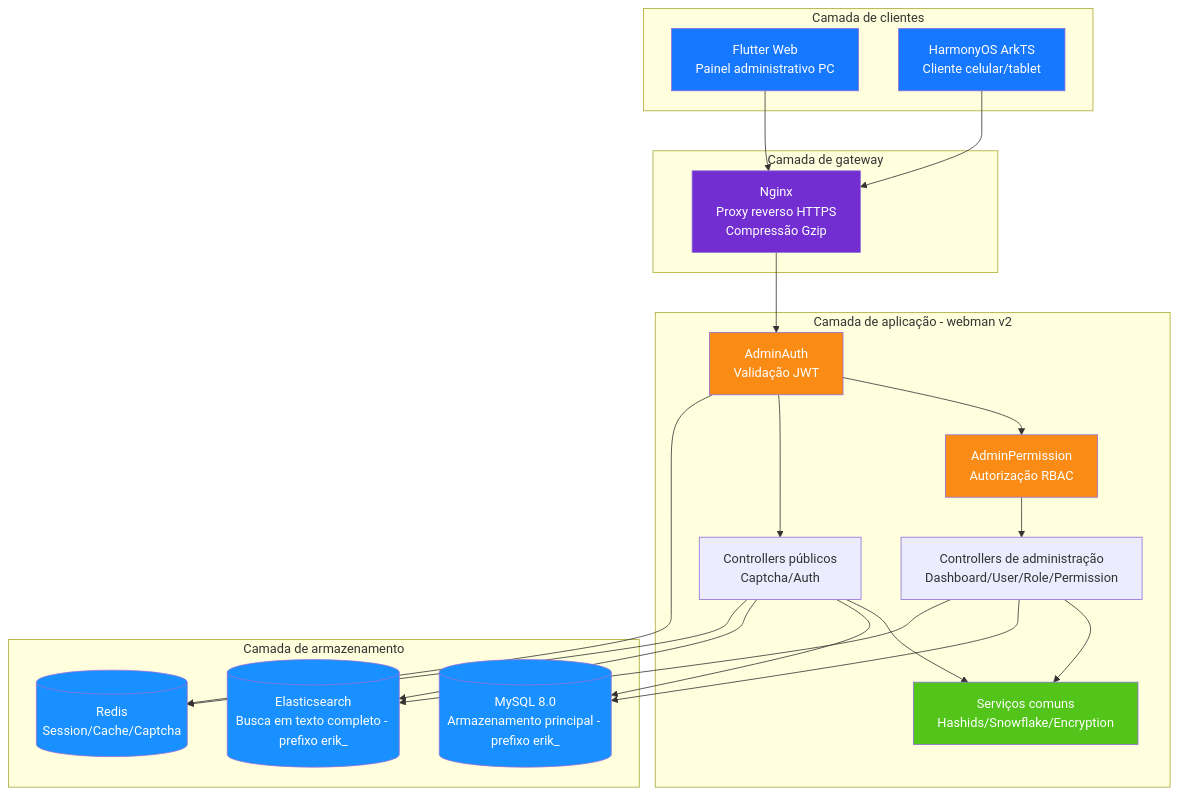
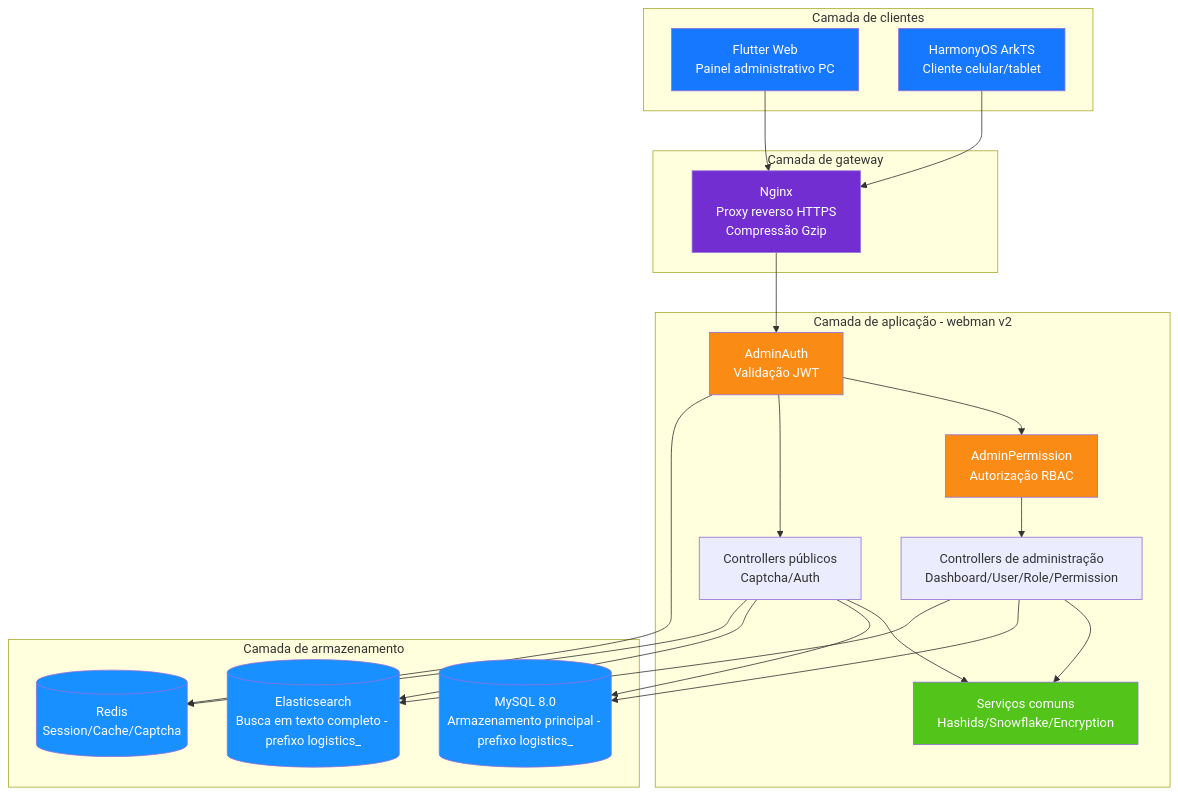
Before and after one commit to erikwang2013/integrated-global-logistics: the diagram in admin/docs/diagrams/01-system-architecture.pt.md, drawn with Mermaid. The commit also changed 211 other files, not shown here.

````diff
--- a/admin/docs/diagrams/01-system-architecture.pt.md
+++ b/admin/docs/diagrams/01-system-architecture.pt.md
@@ -7,50 +7,50 @@
 ```mermaid
 flowchart TB
     subgraph clients["Camada de clientes"]
         flutter["Flutter Web<br/>Painel administrativo PC"]
         harmony["HarmonyOS ArkTS<br/>Cliente celular/tablet"]
     end
 
     subgraph gateway["Camada de gateway"]
         nginx["Nginx<br/>Proxy reverso HTTPS<br/>Compressão Gzip"]
     end
 
     subgraph app["Camada de aplicação - webman v2"]
         auth["AdminAuth<br/>Validação JWT"]
         perm["AdminPermission<br/>Autorização RBAC"]
         admin["Controllers de administração<br/>Dashboard/User/Role/Permission"]
         public["Controllers públicos<br/>Captcha/Auth"]
         common["Serviços comuns<br/>Hashids/Snowflake/Encryption"]
     end
 
     subgraph storage["Camada de armazenamento"]
-        mysql[("MySQL 8.0<br/>Armazenamento principal - prefixo erik_")]
-        es[("Elasticsearch<br/>Busca em texto completo - prefixo erik_")]
+        mysql[("MySQL 8.0<br/>Armazenamento principal - prefixo logistics_")]
+        es[("Elasticsearch<br/>Busca em texto completo - prefixo logistics_")]
         redis[("Redis<br/>Session/Cache/Captcha")]
     end
 
     flutter --> nginx
     harmony --> nginx
     nginx --> auth
     auth --> perm
     perm --> admin
     auth --> public
     admin --> common
     public --> common
     admin --> mysql
     public --> mysql
     admin --> es
     public --> es
     auth --> redis
     public --> redis
 
     style flutter fill:#1677FF,color:#fff
     style harmony fill:#1677FF,color:#fff
     style nginx fill:#722ED1,color:#fff
     style auth fill:#FA8C16,color:#fff
     style perm fill:#FA8C16,color:#fff
     style common fill:#52C41A,color:#fff
     style mysql fill:#1890FF,color:#fff
     style es fill:#1890FF,color:#fff
     style redis fill:#1890FF,color:#fff
 ```
````
